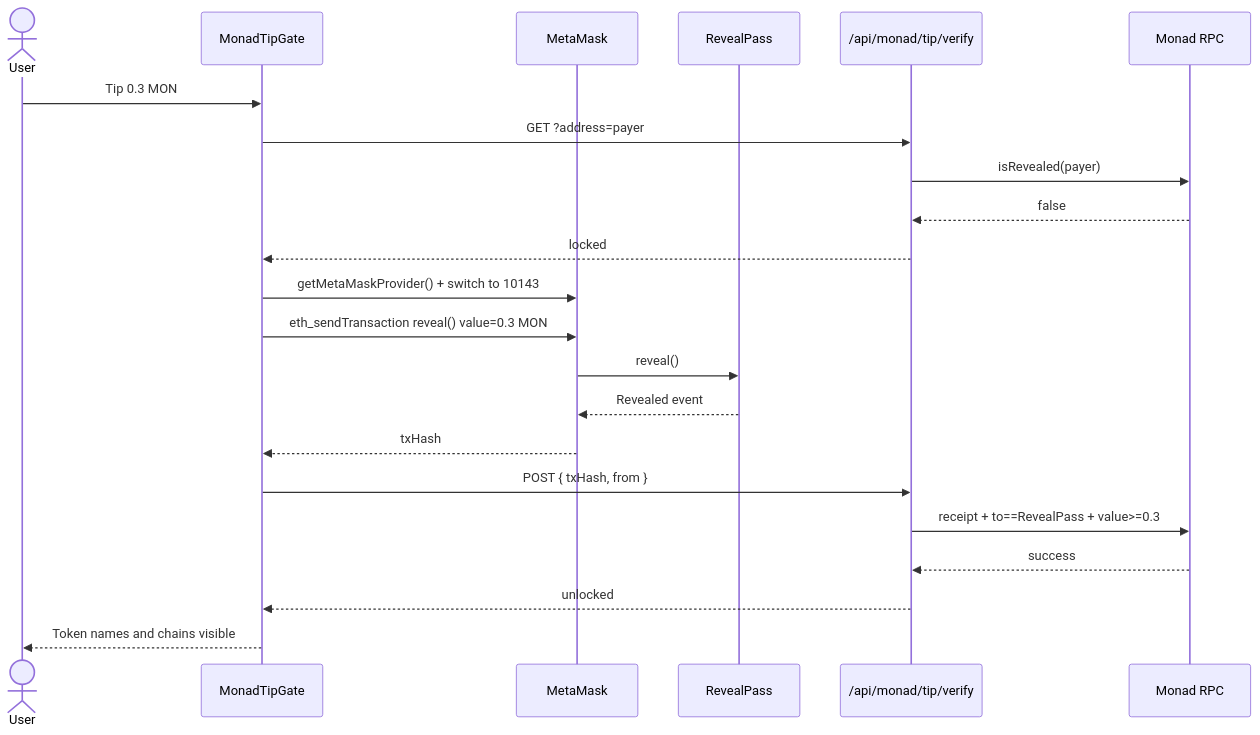
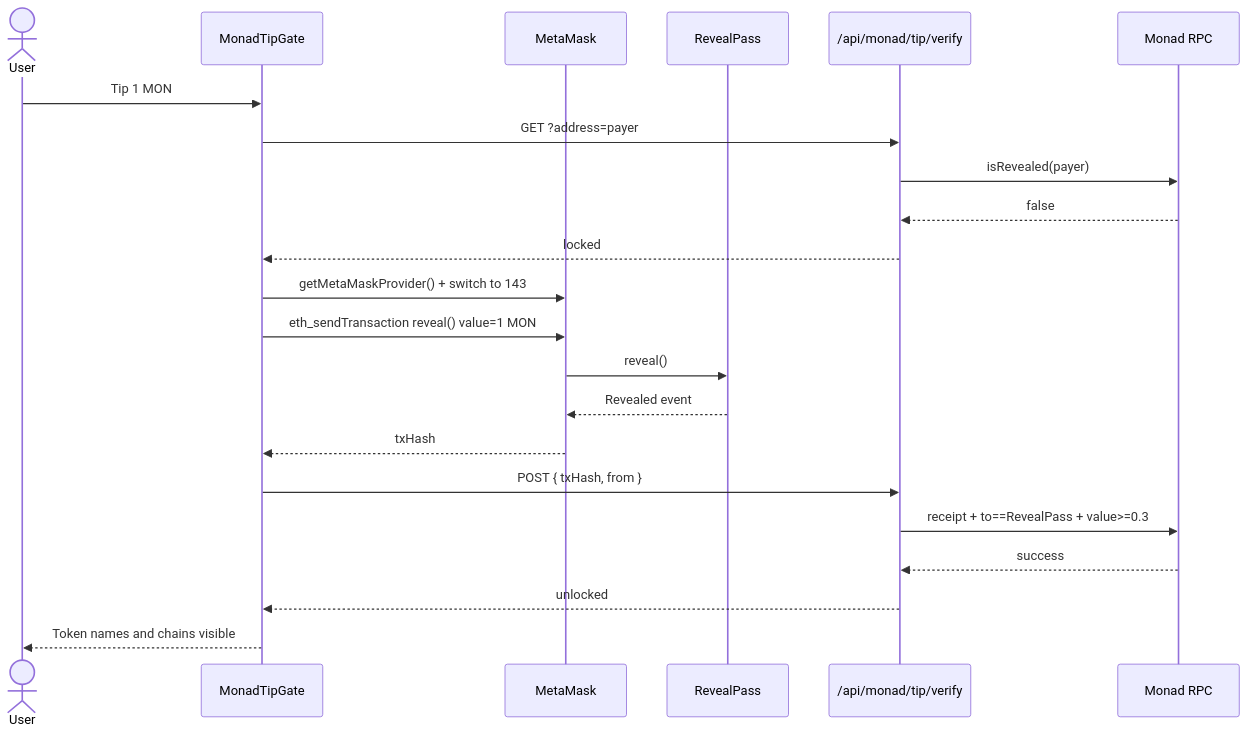
The fourth of 5 diagrams in README.md (AmaanSayyad/find_hidden_money), drawn with Mermaid before and after one commit. The commit also changed other lines of this file and 15 other files, not shown here.

First line of the commit message:
Move RevealPass and the app to Monad Mainnet with a 1 MON tip.

````diff
--- a/README.md
+++ b/README.md
@@ -253,27 +265,27 @@
 ```mermaid
 sequenceDiagram
   actor User
   participant Gate as MonadTipGate
   participant MM as MetaMask
   participant RP as RevealPass
   participant API as /api/monad/tip/verify
   participant Node as Monad RPC
 
-  User->>Gate: Tip 0.3 MON
+  User->>Gate: Tip 1 MON
   Gate->>API: GET ?address=payer
   API->>Node: isRevealed(payer)
   Node-->>API: false
   API-->>Gate: locked
 
-  Gate->>MM: getMetaMaskProvider() + switch to 10143
-  Gate->>MM: eth_sendTransaction reveal() value=0.3 MON
+  Gate->>MM: getMetaMaskProvider() + switch to 143
+  Gate->>MM: eth_sendTransaction reveal() value=1 MON
   MM->>RP: reveal()
   RP-->>MM: Revealed event
   MM-->>Gate: txHash
 
   Gate->>API: POST { txHash, from }
   API->>Node: receipt + to==RevealPass + value>=0.3
   Node-->>API: success
   API-->>Gate: unlocked
   Gate-->>User: Token names and chains visible
 ```
````
